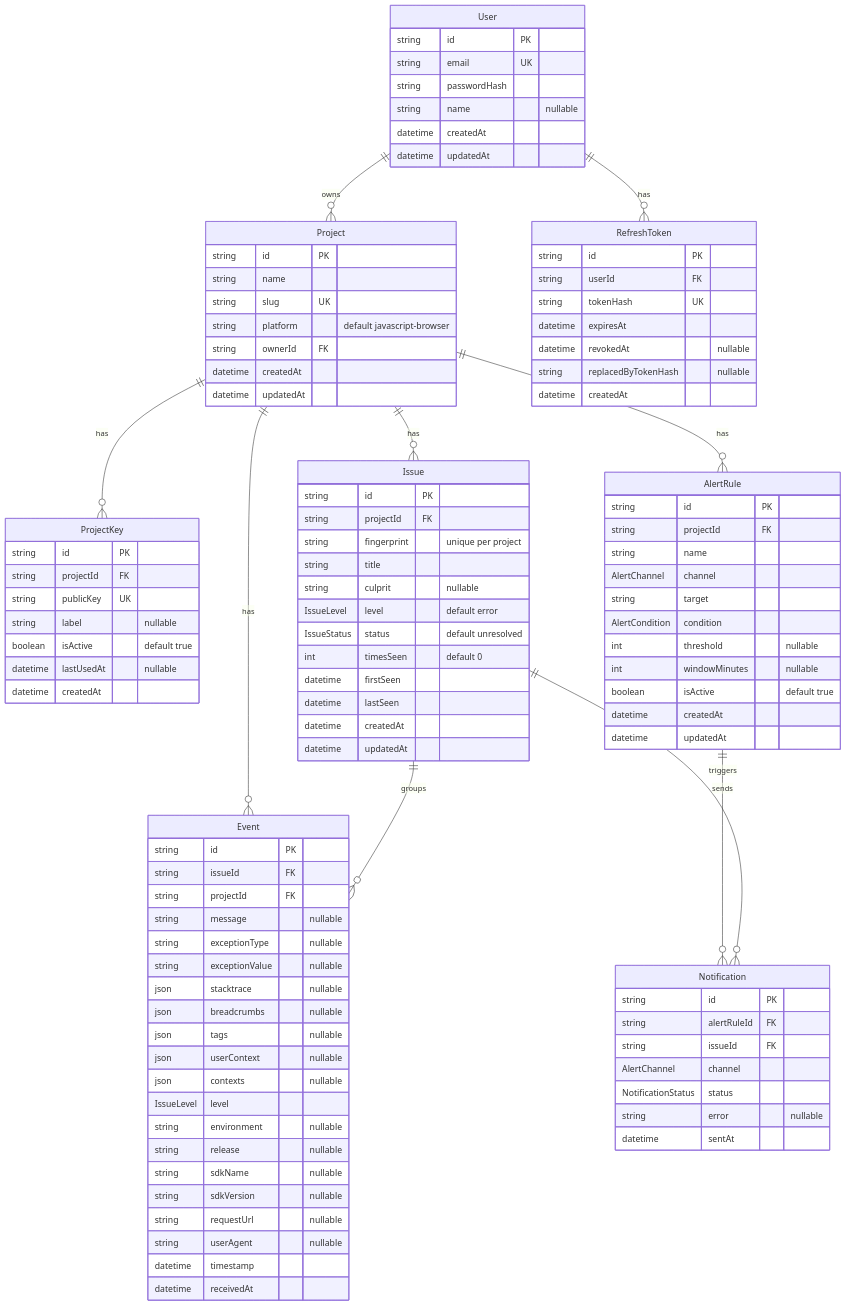
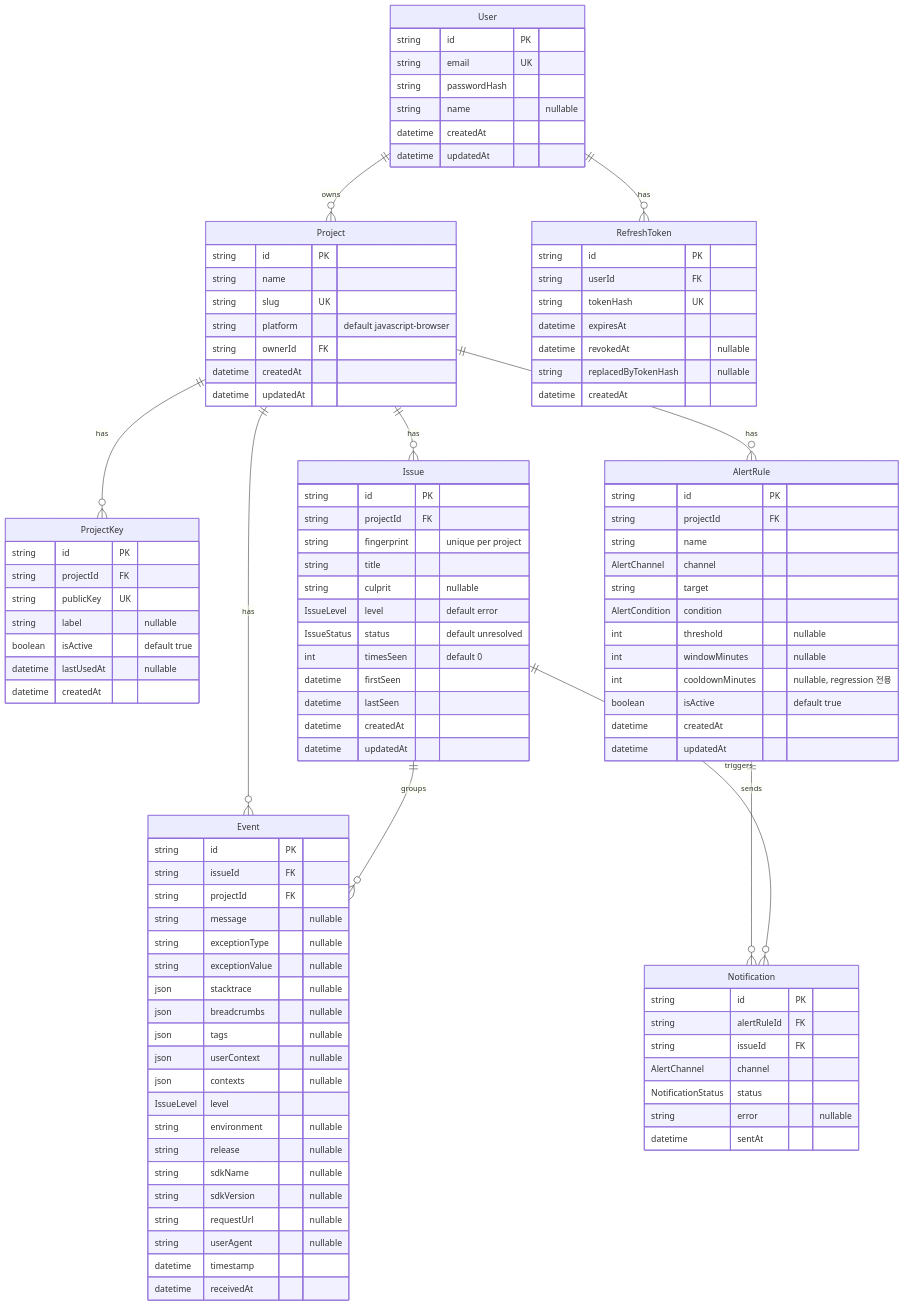
Before and after one commit to SSSunmin/errorTracking2: the diagram in knowledge/database/erd.md, drawn with Mermaid. The commit also changed 3 other files, not shown here.

Commit message:
docs: document configurable regression alert cooldown

```diff
--- a/knowledge/database/erd.md
+++ b/knowledge/database/erd.md
@@ -94,6 +94,7 @@
         AlertCondition condition
         int threshold "nullable"
         int windowMinutes "nullable"
+        int cooldownMinutes "nullable, regression 전용"
         boolean isActive "default true"
         datetime createdAt
         datetime updatedAt
```
